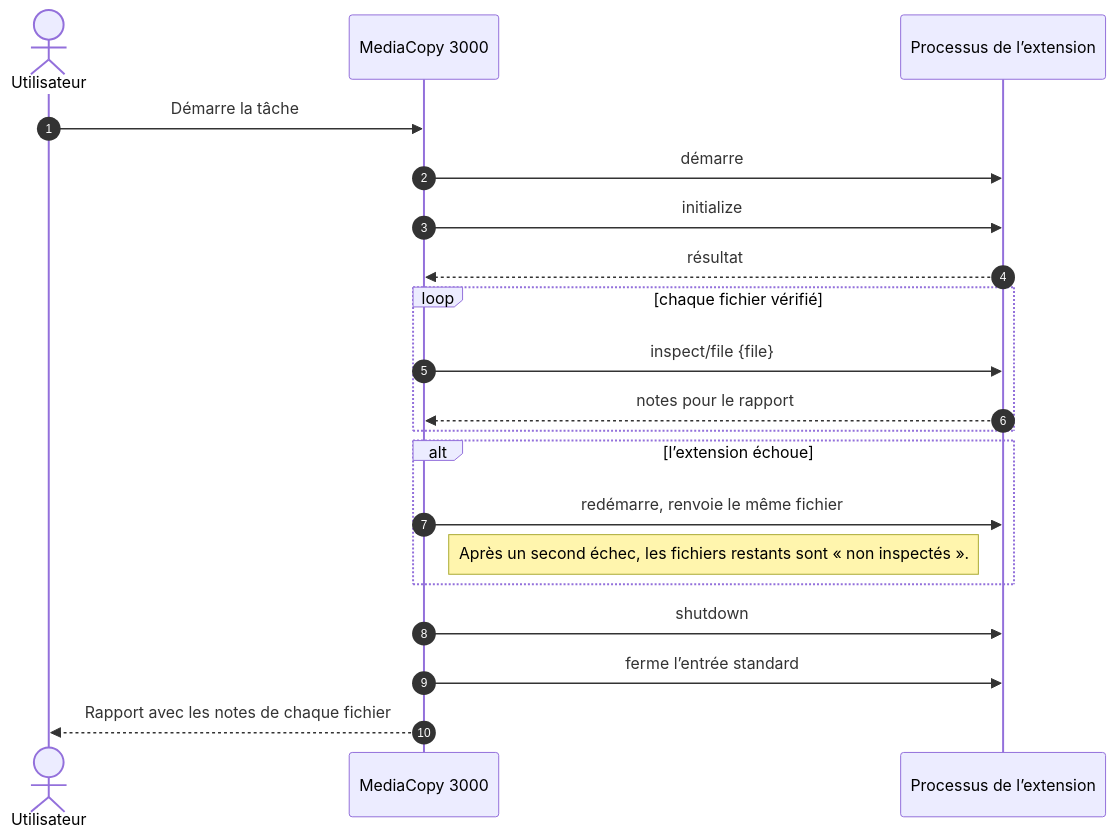
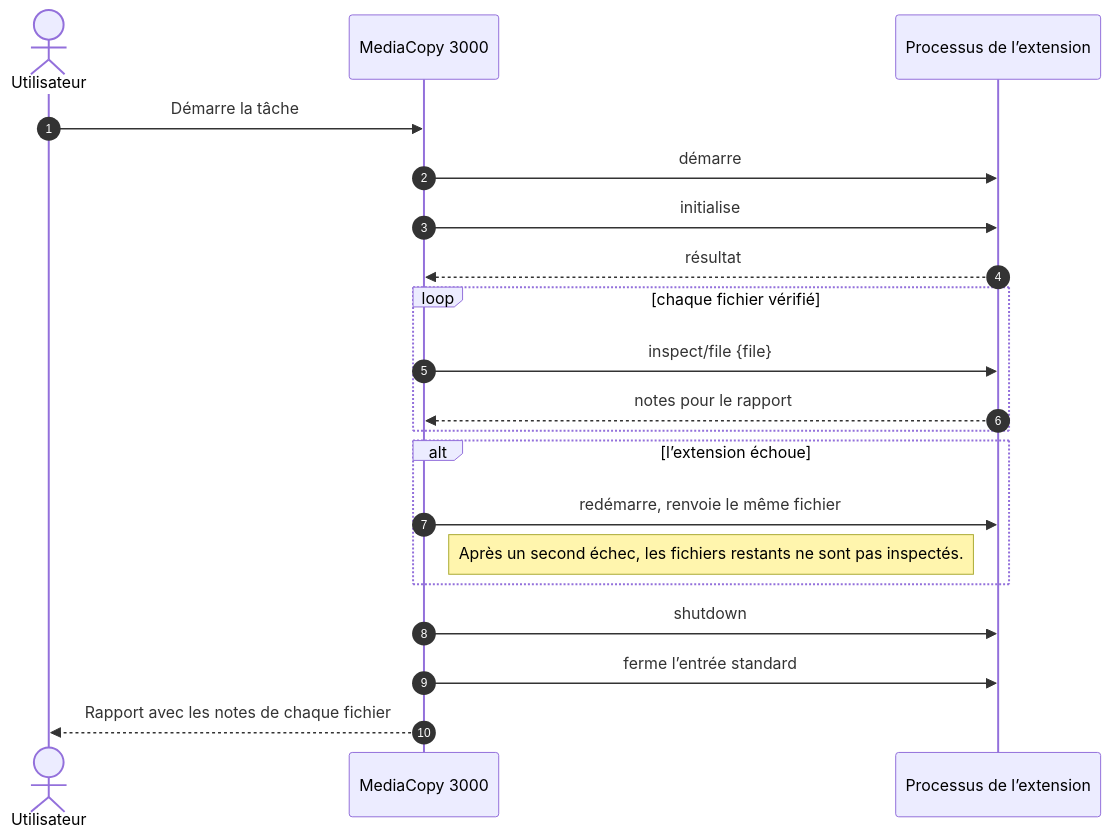
One commit to Floreal-Technologies/MediaCopy3000 changed the third of 4 diagrams in manual/fr/plugins.md. Above: the diagram before and after it, drawn with Mermaid. The commit also changed other lines of this file and 55 other files, not shown here.

````diff
--- a/manual/fr/plugins.md
+++ b/manual/fr/plugins.md
@@ -335,23 +335,23 @@
 ```mermaid
 sequenceDiagram
     autonumber
     actor User as Utilisateur
-    participant MC3K as MediaCopy 3000
+    participant MC3K as MediaCopy 3000
     participant Plugin as Processus de l’extension
 
     User->>MC3K: Démarre la tâche
     MC3K->>Plugin: démarre
-    MC3K->>Plugin: initialize
+    MC3K->>Plugin: initialise
     Plugin-->>MC3K: résultat
     loop chaque fichier vérifié
         MC3K->>Plugin: inspect/file {file}
         Plugin-->>MC3K: notes pour le rapport
     end
     alt l’extension échoue
         MC3K->>Plugin: redémarre, renvoie le même fichier
-        note right of MC3K: Après un second échec, les fichiers restants sont « non inspectés ».
+        note right of MC3K: Après un second échec, les fichiers restants ne sont pas inspectés.
     end
     MC3K->>Plugin: shutdown
     MC3K->>Plugin: ferme l’entrée standard
     MC3K-->>User: Rapport avec les notes de chaque fichier
 ```
````
